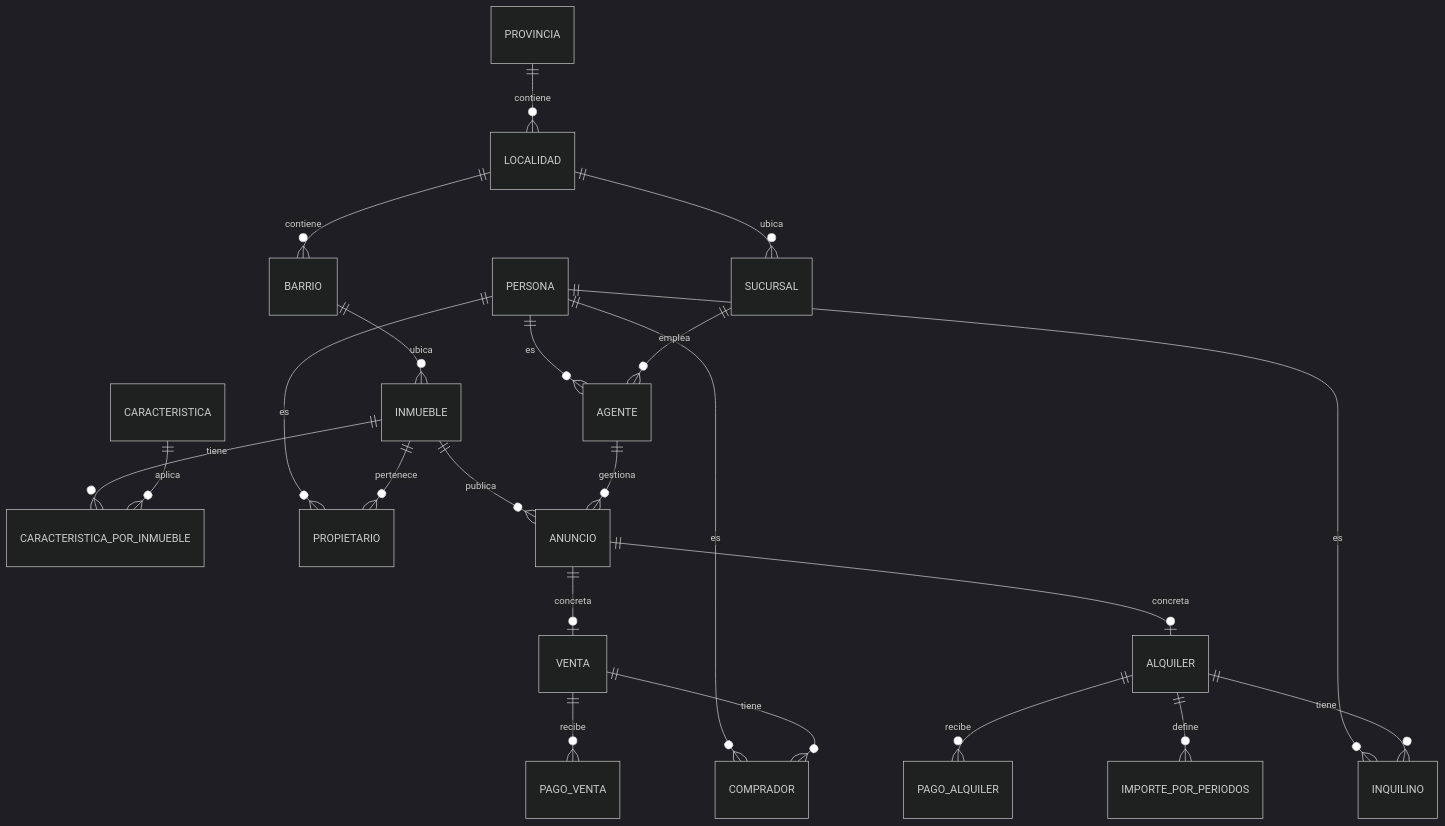
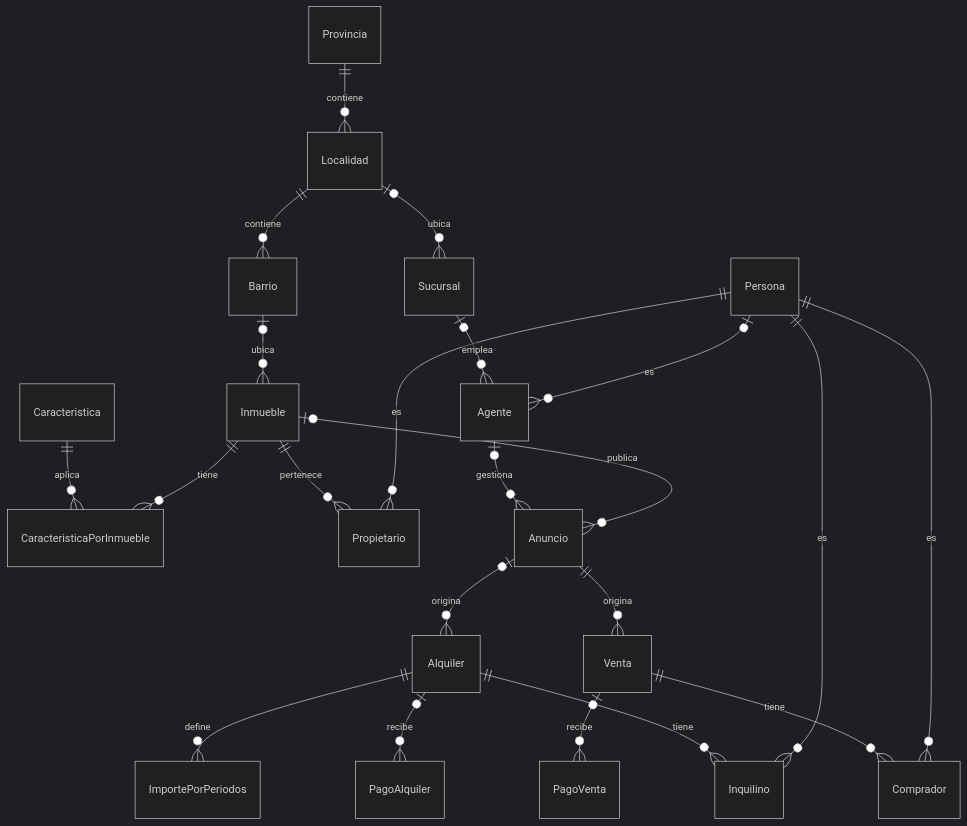
One commit to agtorres1/sql-server-data-migration-bi changed the second of 2 diagrams in README.md. Above: the diagram before and after it, drawn with Mermaid (dark theme). The commit also changed other lines of this file, not shown here.

````diff
--- a/README.md
+++ b/README.md
@@ -54,24 +56,24 @@
 ```mermaid
 erDiagram
-    PROVINCIA ||--o{ LOCALIDAD : contiene
-    LOCALIDAD ||--o{ BARRIO : contiene
-    BARRIO ||--o{ INMUEBLE : ubica
-    LOCALIDAD ||--o{ SUCURSAL : ubica
-    INMUEBLE ||--o{ CARACTERISTICA_POR_INMUEBLE : tiene
-    CARACTERISTICA ||--o{ CARACTERISTICA_POR_INMUEBLE : aplica
-    PERSONA ||--o{ PROPIETARIO : es
-    INMUEBLE ||--o{ PROPIETARIO : pertenece
-    PERSONA ||--o{ AGENTE : es
-    SUCURSAL ||--o{ AGENTE : emplea
-    INMUEBLE ||--o{ ANUNCIO : publica
-    AGENTE ||--o{ ANUNCIO : gestiona
-    ANUNCIO ||--o| VENTA : concreta
-    ANUNCIO ||--o| ALQUILER : concreta
-    VENTA ||--o{ PAGO_VENTA : recibe
-    PERSONA ||--o{ COMPRADOR : es
-    VENTA ||--o{ COMPRADOR : tiene
-    ALQUILER ||--o{ PAGO_ALQUILER : recibe
-    ALQUILER ||--o{ IMPORTE_POR_PERIODOS : define
-    PERSONA ||--o{ INQUILINO : es
-    ALQUILER ||--o{ INQUILINO : tiene
+    Provincia ||--o{ Localidad : contiene
+    Localidad ||--o{ Barrio : contiene
+    Localidad |o--o{ Sucursal : ubica
+    Barrio |o--o{ Inmueble : ubica
+    Inmueble ||--o{ CaracteristicaPorInmueble : tiene
+    Caracteristica ||--o{ CaracteristicaPorInmueble : aplica
+    Persona ||--o{ Propietario : es
+    Inmueble ||--o{ Propietario : pertenece
+    Persona |o--o{ Agente : es
+    Sucursal |o--o{ Agente : emplea
+    Inmueble |o--o{ Anuncio : publica
+    Agente |o--o{ Anuncio : gestiona
+    Anuncio |o--o{ Alquiler : origina
+    Anuncio ||--o{ Venta : origina
+    Alquiler ||--o{ ImportePorPeriodos : define
+    Alquiler |o--o{ PagoAlquiler : recibe
+    Persona ||--o{ Inquilino : es
+    Alquiler ||--o{ Inquilino : tiene
+    Venta |o--o{ PagoVenta : recibe
+    Persona ||--o{ Comprador : es
+    Venta ||--o{ Comprador : tiene
 ```
````
